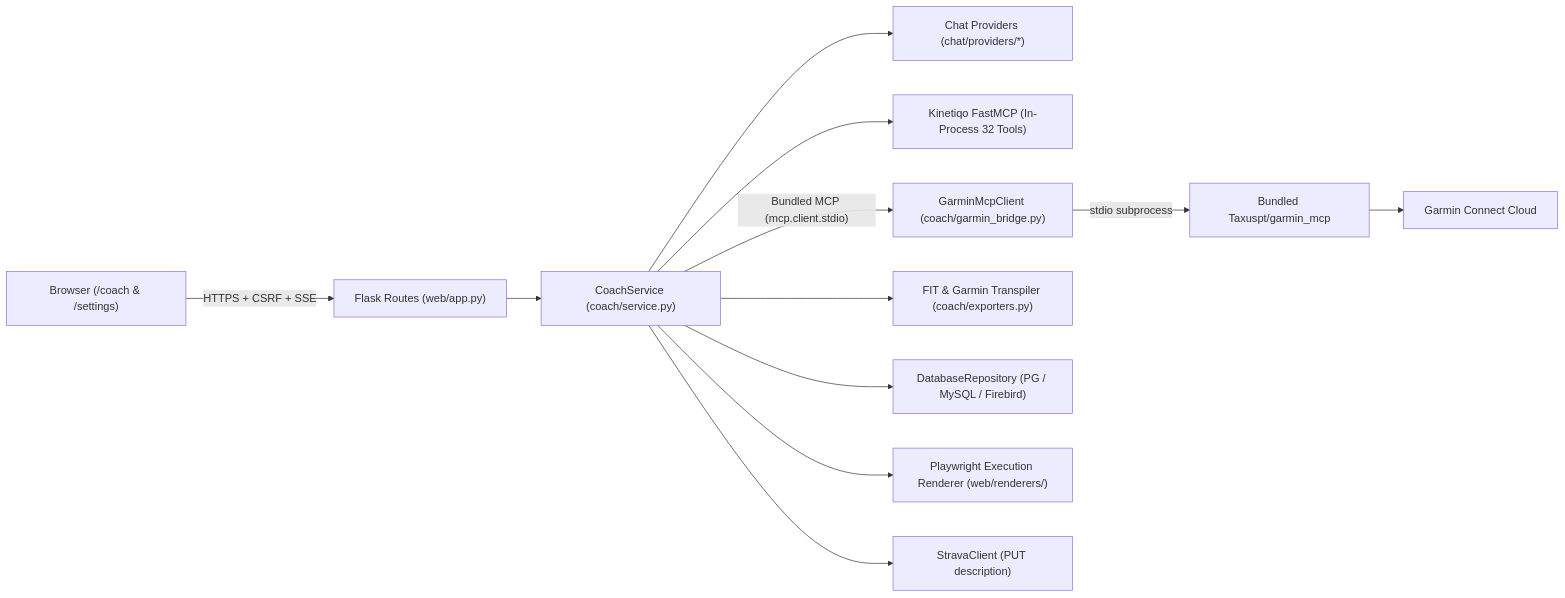
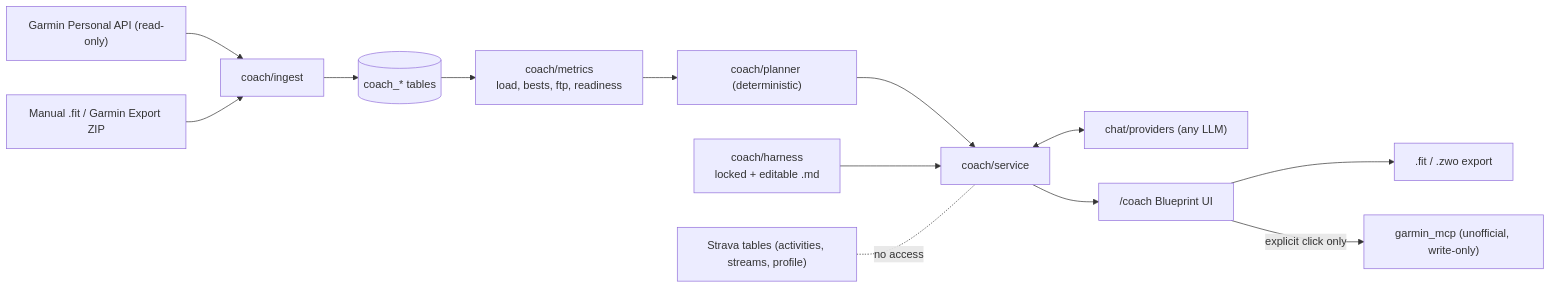
The first of 2 diagrams in docs/concepts/ai-coach.md (lhotakj/kinetiqo), drawn with Mermaid before and after one commit. The commit also changed other lines of this file and 1 other file, not shown here.

Commit message:
updated ai-coach

````diff
--- a/docs/concepts/ai-coach.md
+++ b/docs/concepts/ai-coach.md
@@ -244,14 +174,15 @@
 ```mermaid
 flowchart LR
-    Browser["Browser (/coach & /settings)"] -->|"HTTPS + CSRF + SSE"| Flask["Flask Routes (web/app.py)"]
-    Flask --> CoachSvc["CoachService (coach/service.py)"]
-    CoachSvc --> ChatProviders["Chat Providers (chat/providers/*)"]
-    CoachSvc --> KinetiqoMCP["Kinetiqo FastMCP (In-Process 32 Tools)"]
-    CoachSvc -->|"Bundled MCP (mcp.client.stdio)"| GarminBridge["GarminMcpClient (coach/garmin_bridge.py)"]
-    GarminBridge -->|"stdio subprocess"| GarminMCP["Bundled Taxuspt/garmin_mcp"]
-    GarminMCP --> GarminAPI["Garmin Connect Cloud"]
-    CoachSvc --> FitGen["FIT & Garmin Transpiler (coach/exporters.py)"]
-    CoachSvc --> DB["DatabaseRepository (PG / MySQL / Firebird)"]
-    CoachSvc --> Renderer["Playwright Execution Renderer (web/renderers/)"]
-    CoachSvc --> Strava["StravaClient (PUT description)"]
+    G["Garmin Personal API (read-only)"] --> I["coach/ingest"]
+    U["Manual .fit / Garmin Export ZIP"] --> I
+    I --> DB[("coach_* tables")]
+    DB --> M["coach/metrics<br/>load, bests, ftp, readiness"]
+    M --> P["coach/planner (deterministic)"]
+    P --> S["coach/service"]
+    H["coach/harness<br/>locked + editable .md"] --> S
+    S <--> L["chat/providers (any LLM)"]
+    S --> UI["/coach Blueprint UI"]
+    UI --> X[".fit / .zwo export"]
+    UI -->|"explicit click only"| W["garmin_mcp (unofficial, write-only)"]
+    T["Strava tables (activities, streams, profile)"] -. "no access" .- S
 ```
````
